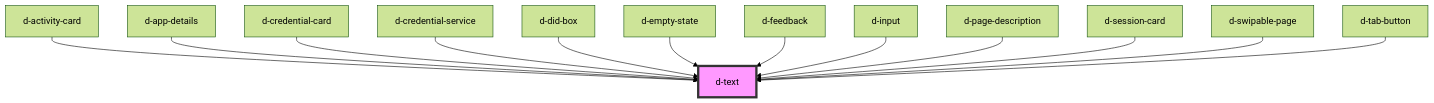
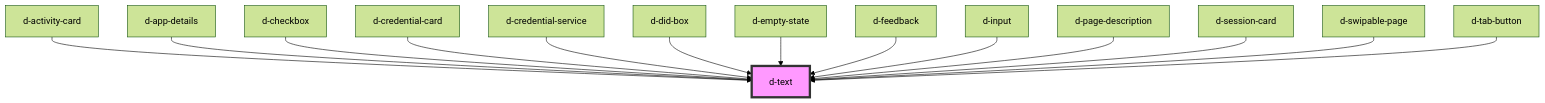
Before and after one commit to ForkbombEu/didroom-components: the diagram in src/components/text/readme.md, drawn with Mermaid (forest theme). The commit also changed other lines of this file and 11 other files, not shown here.

````diff
--- a/src/components/text/readme.md
+++ b/src/components/text/readme.md
@@ -34,16 +35,17 @@
 ```mermaid
 graph TD;
   d-activity-card --> d-text
   d-app-details --> d-text
+  d-checkbox --> d-text
   d-credential-card --> d-text
   d-credential-service --> d-text
   d-did-box --> d-text
   d-empty-state --> d-text
   d-feedback --> d-text
   d-input --> d-text
   d-page-description --> d-text
   d-session-card --> d-text
   d-swipable-page --> d-text
   d-tab-button --> d-text
   style d-text fill:#f9f,stroke:#333,stroke-width:4px
 ```
````
